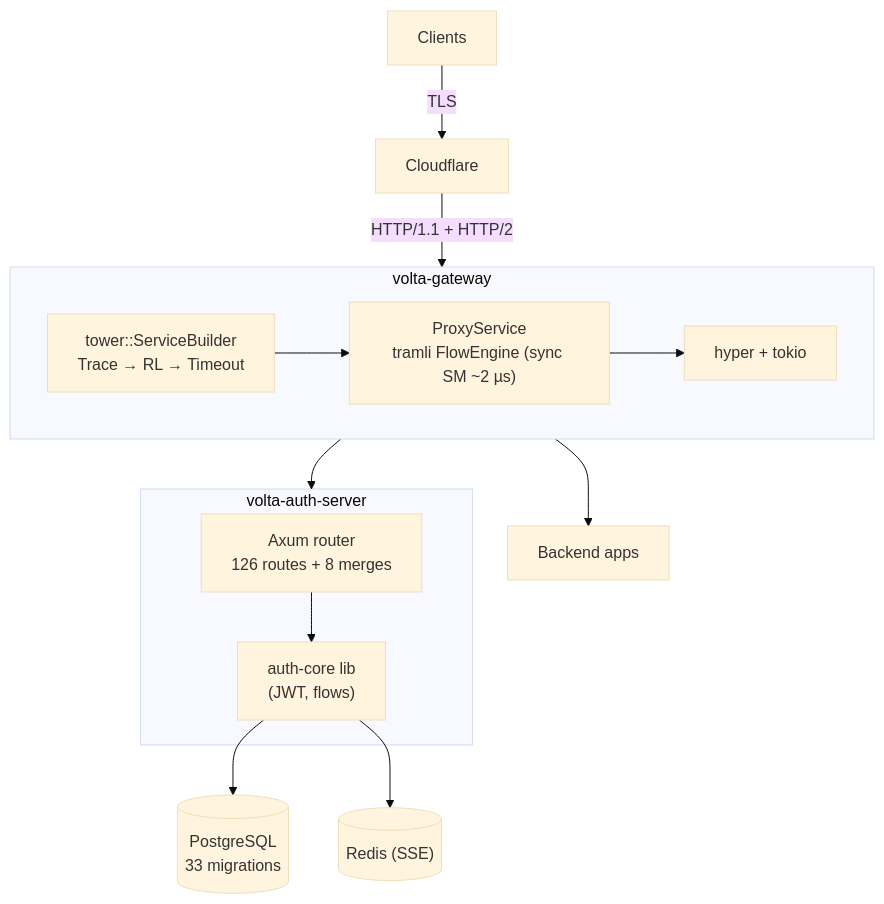
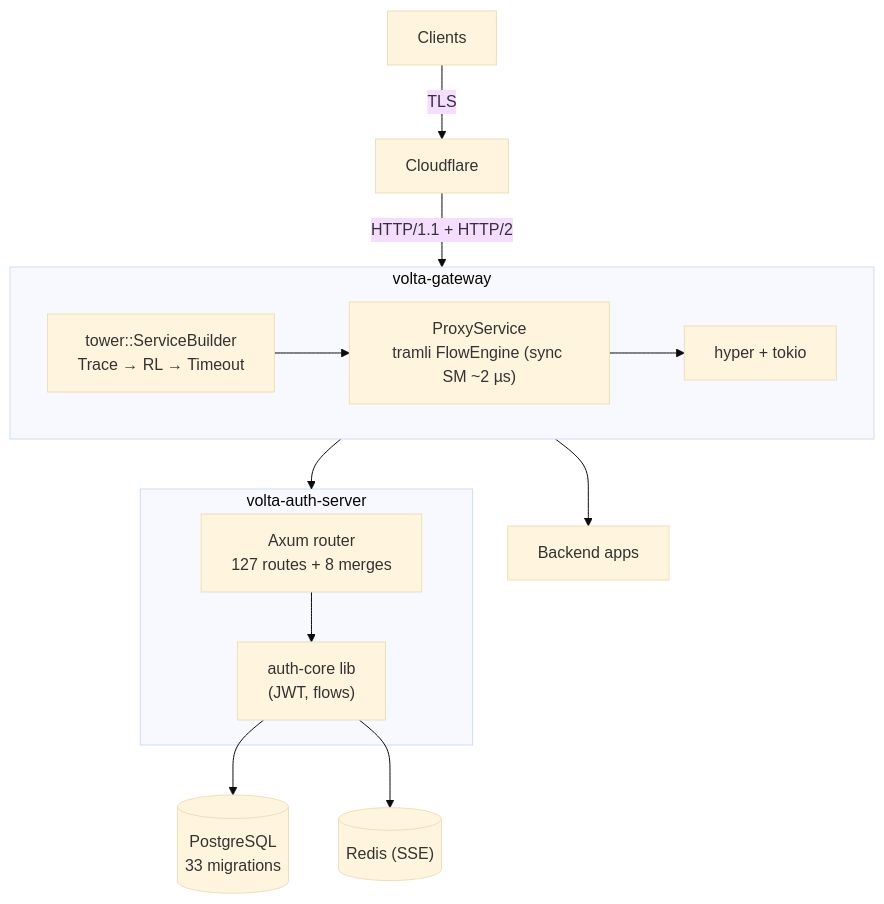
Diagram 11 of 11 in spec/SPEC.md (opaopa6969/volta-gateway), drawn with Mermaid (base theme) before and after one commit. The commit also changed other lines of this file and 8 other files, not shown here.

````diff
--- a/spec/SPEC.md
+++ b/spec/SPEC.md
@@ -2268,24 +2268,24 @@
 ```mermaid
 graph TB
     CLIENTS["Clients"] -->|"TLS"| CF["Cloudflare"]
     CF -->|"HTTP/1.1 + HTTP/2"| GW
 
     subgraph GW ["volta-gateway"]
         TOWER["tower::ServiceBuilder<br/>Trace → RL → Timeout"]
         PROXY["ProxyService<br/>tramli FlowEngine (sync SM ~2 µs)"]
         HYPER["hyper + tokio"]
         TOWER --> PROXY --> HYPER
     end
 
     GW --> AS
     GW --> BE["Backend apps"]
 
     subgraph AS ["volta-auth-server"]
-        AXUM["Axum router<br/>126 routes + 8 merges"]
+        AXUM["Axum router<br/>127 routes + 8 merges"]
         CORE["auth-core lib<br/>(JWT, flows)"]
         AXUM --> CORE
     end
 
     CORE --> PG[("PostgreSQL<br/>33 migrations")]
     CORE --> RD[("Redis (SSE)")]
 ```
````
